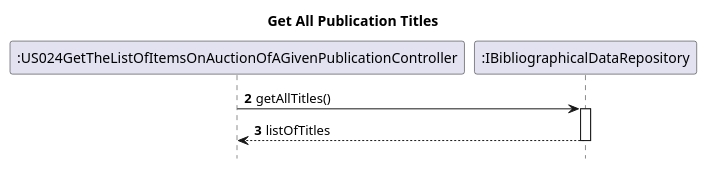
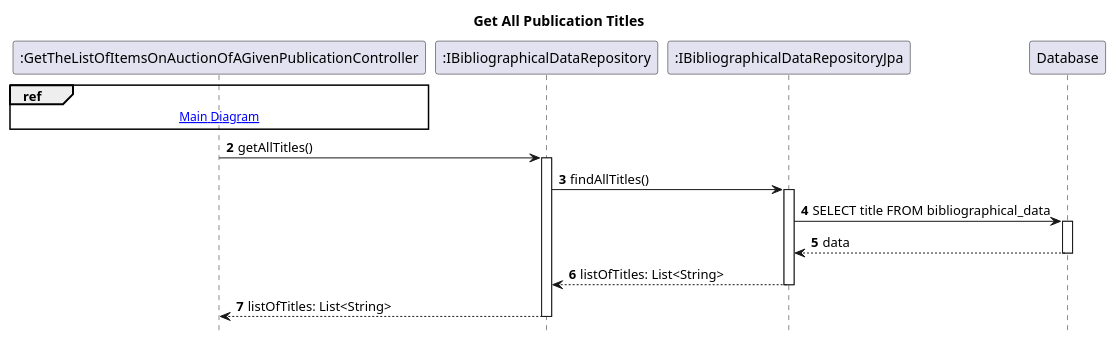
Before and after one commit to AndrePereiraGitH/SWitCH-Project-Team_A: the diagram in Diagrams/SequenceDiagrams/N2/To-Get-List-Of-Items-Auction-Of-Given-Publication/2.GetAllPublicationTitles.puml, drawn with PlantUML. The commit also changed 8 other files, not shown here.

```diff
--- a/Diagrams/SequenceDiagrams/N2/To-Get-List-Of-Items-Auction-Of-Given-Publication/2.GetAllPublicationTitles.puml
+++ b/Diagrams/SequenceDiagrams/N2/To-Get-List-Of-Items-Auction-Of-Given-Publication/2.GetAllPublicationTitles.puml
@@ -1,14 +1,28 @@
 @startuml
 hide footbox
 autonumber 2
 title Get All Publication Titles
 
-participant ":US024GetTheListOfItemsOnAuctionOfAGivenPublicationController" as Ctrl
+participant ":GetTheListOfItemsOnAuctionOfAGivenPublicationController" as Ctrl
 participant ":IBibliographicalDataRepository" as bdRepo
+participant ":IBibliographicalDataRepositoryJpa" as bdJpa
+participant "Database" as db
+
+ref over Ctrl
+  [[1.MainDiagram.puml Main Diagram]]
+end ref
 
 Ctrl -> bdRepo: getAllTitles()
 activate bdRepo
-bdRepo --> Ctrl: listOfTitles
+bdRepo -> bdJpa: findAllTitles()
+activate bdJpa
+bdJpa -> db: SELECT title FROM bibliographical_data
+activate db
+db --> bdJpa: data
+deactivate db
+bdJpa --> bdRepo: listOfTitles: List<String>
+deactivate bdJpa
+bdRepo --> Ctrl: listOfTitles: List<String>
 deactivate bdRepo
 
 @enduml
```
